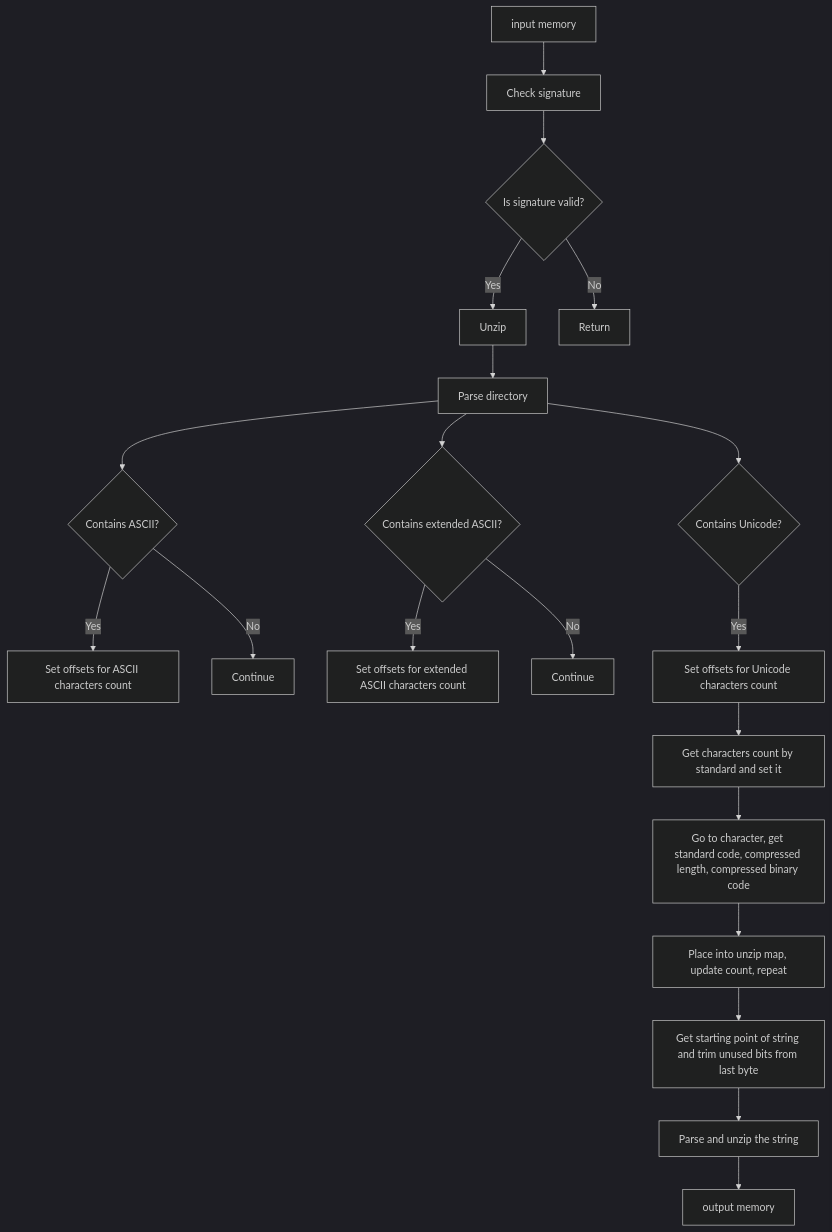
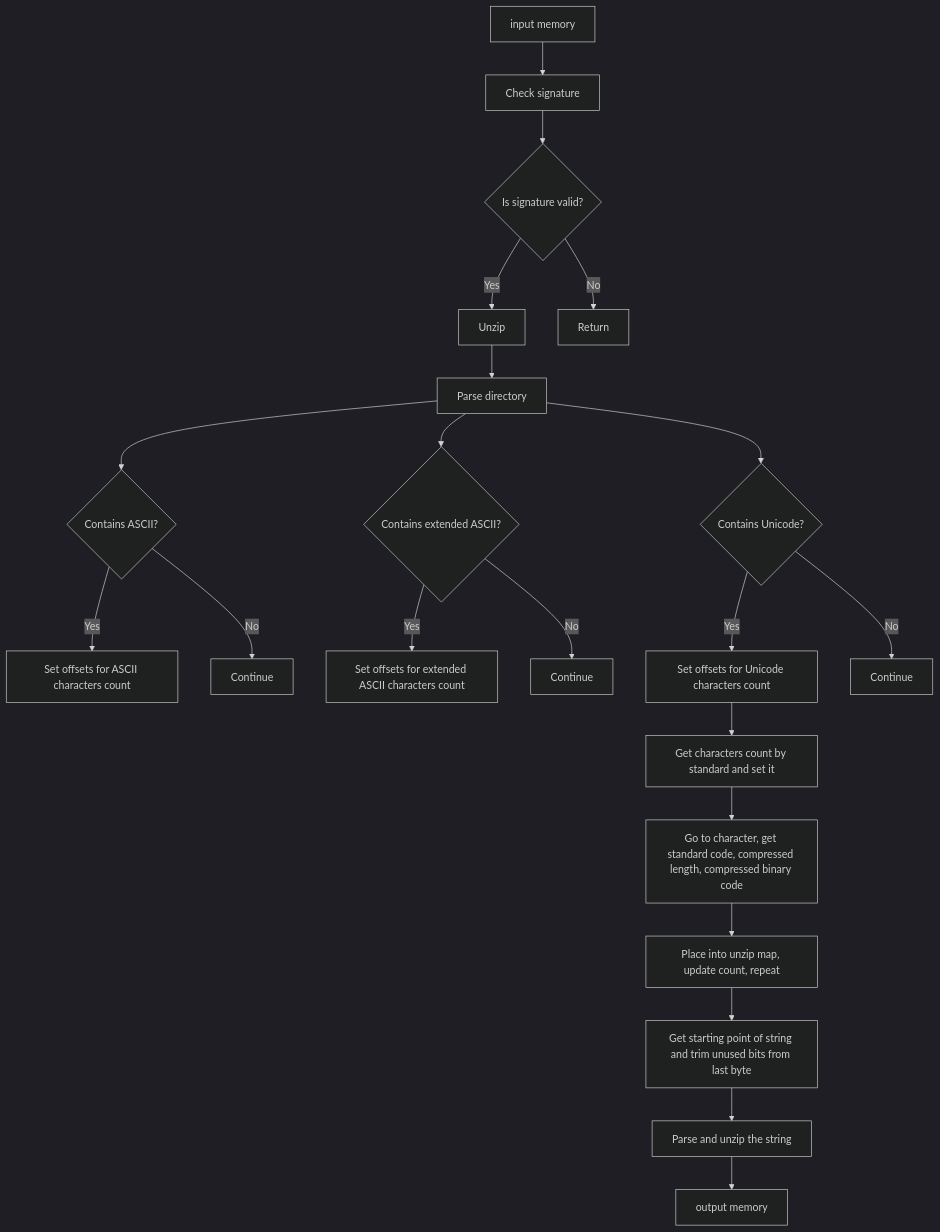
Before and after one commit to dothedada/filemakerrrr: the second of 4 diagrams in README.md, drawn with Mermaid (dark theme).

Commit message:
Ajuste mermaid

````diff
--- a/README.md
+++ b/README.md
@@ -149,26 +149,27 @@
 ```mermaid
 flowchart TD
     A[input memory] --> B[Check signature]
     B --> C{Is signature valid?}
     C -- Yes --> D[Unzip]
     C -- No --> E[Return]
 
     D --> F[Parse directory]
     F --> G{Contains ASCII?}
     G -- Yes --> H[Set offsets for ASCII characters count]
     G -- No --> I[Continue]
 
     F --> J{Contains extended ASCII?}
     J -- Yes --> K[Set offsets for extended ASCII characters count]
     J -- No --> L[Continue]
 
     F --> M{Contains Unicode?}
     M -- Yes --> N[Set offsets for Unicode characters count]
-    N --> O[Get characters count by standard and set it]
+    M -- No --> O[Continue]
+    N --> P[Get characters count by standard and set it]
 
-    O --> P[Go to character, get standard code, compressed length, compressed binary code]
-    P --> Q[Place into unzip map, update count, repeat]
-    Q --> R[Get starting point of string and trim unused bits from last byte]
-    R --> S[Parse and unzip the string]
-    S --> T[output memory]
+    P --> Q[Go to character, get standard code, compressed length, compressed binary code]
+    Q --> R[Place into unzip map, update count, repeat]
+    R --> S[Get starting point of string and trim unused bits from last byte]
+    S --> T[Parse and unzip the string]
+    T --> U[output memory]
 ```
````
